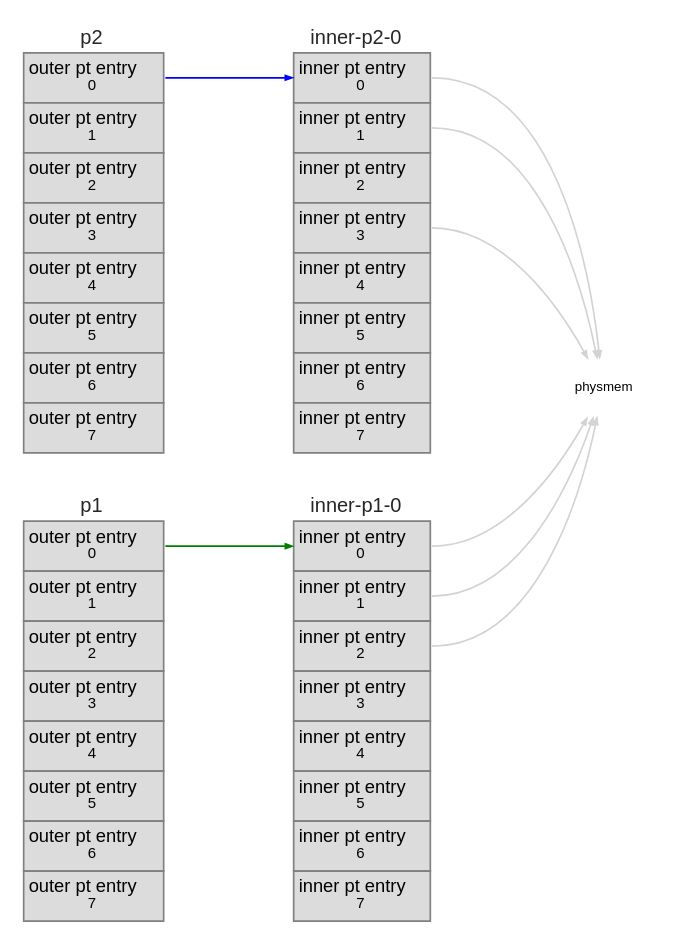
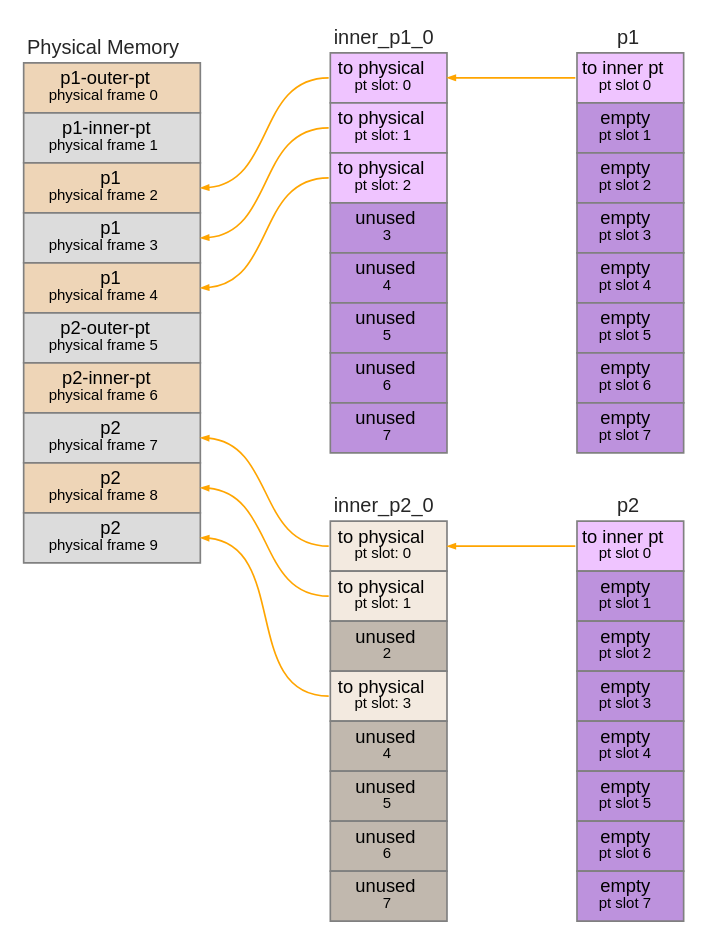
Before and after one commit to pitosalas/public-131-samples: the diagram in memsim/src/graphs/twolevel2.json.gv, drawn with Graphviz. The commit also changed 62 other files, not shown here.

```diff
--- a/memsim/src/graphs/twolevel2.json.gv
+++ b/memsim/src/graphs/twolevel2.json.gv
@@ -2,22 +2,26 @@
 	graph [fontname=Helvetica rankdir=LR ranksep=1.0]
 	node [fontname=Helvetica fontsize=8 margin="0.04 0.04" shape=none width=0.8]
 	edge [arrowsize=0.4]
-	"inner-p1-0":0 -> physmem:2 [color=lightgrey headclip=true tailclip=true]
-	"inner-p1-0":1 -> physmem:3 [color=lightgrey headclip=true tailclip=true]
-	"inner-p1-0":2 -> physmem:4 [color=lightgrey headclip=true tailclip=true]
-	"outer-p1":0 -> "inner-p1-0":0 [color=green headclip=true tailclip=true]
-	"inner-p2-0":0 -> physmem:7 [color=lightgrey headclip=true tailclip=true]
-	"inner-p2-0":1 -> physmem:8 [color=lightgrey headclip=true tailclip=true]
-	"inner-p2-0":3 -> physmem:9 [color=lightgrey headclip=true tailclip=true]
-	"outer-p2":0 -> "inner-p2-0":0 [color=blue headclip=true tailclip=true]
-	subgraph left {
-		"outer-p1" [label=<<table border="0.1" cellborder="1" cellspacing="0"><TR><TD border="0.0" ><font face="helvetica" color="grey15" point-size="12">p1</font></TD></TR><tr><td align="text" color="grey" bgcolor="gainsboro" height="30" port="0"><font point-size="11">outer pt entry</font><br></br><font point-size="9">0</font></td></tr><tr><td align="text" color="grey" bgcolor="gainsboro" height="30" port="1"><font point-size="11">outer pt entry</font><br></br><font point-size="9">1</font></td></tr><tr><td align="text" color="grey" bgcolor="gainsboro" height="30" port="2"><font point-size="11">outer pt entry</font><br></br><font point-size="9">2</font></td></tr><tr><td align="text" color="grey" bgcolor="gainsboro" height="30" port="3"><font point-size="11">outer pt entry</font><br></br><font point-size="9">3</font></td></tr><tr><td align="text" color="grey" bgcolor="gainsboro" height="30" port="4"><font point-size="11">outer pt entry</font><br></br><font point-size="9">4</font></td></tr><tr><td align="text" color="grey" bgcolor="gainsboro" height="30" port="5"><font point-size="11">outer pt entry</font><br></br><font point-size="9">5</font></td></tr><tr><td align="text" color="grey" bgcolor="gainsboro" height="30" port="6"><font point-size="11">outer pt entry</font><br></br><font point-size="9">6</font></td></tr><tr><td align="text" color="grey" bgcolor="gainsboro" height="30" port="7"><font point-size="11">outer pt entry</font><br></br><font point-size="9">7</font></td></tr></table>>]
-		"outer-p2" [label=<<table border="0.1" cellborder="1" cellspacing="0"><TR><TD border="0.0" ><font face="helvetica" color="grey15" point-size="12">p2</font></TD></TR><tr><td align="text" color="grey" bgcolor="gainsboro" height="30" port="0"><font point-size="11">outer pt entry</font><br></br><font point-size="9">0</font></td></tr><tr><td align="text" color="grey" bgcolor="gainsboro" height="30" port="1"><font point-size="11">outer pt entry</font><br></br><font point-size="9">1</font></td></tr><tr><td align="text" color="grey" bgcolor="gainsboro" height="30" port="2"><font point-size="11">outer pt entry</font><br></br><font point-size="9">2</font></td></tr><tr><td align="text" color="grey" bgcolor="gainsboro" height="30" port="3"><font point-size="11">outer pt entry</font><br></br><font point-size="9">3</font></td></tr><tr><td align="text" color="grey" bgcolor="gainsboro" height="30" port="4"><font point-size="11">outer pt entry</font><br></br><font point-size="9">4</font></td></tr><tr><td align="text" color="grey" bgcolor="gainsboro" height="30" port="5"><font point-size="11">outer pt entry</font><br></br><font point-size="9">5</font></td></tr><tr><td align="text" color="grey" bgcolor="gainsboro" height="30" port="6"><font point-size="11">outer pt entry</font><br></br><font point-size="9">6</font></td></tr><tr><td align="text" color="grey" bgcolor="gainsboro" height="30" port="7"><font point-size="11">outer pt entry</font><br></br><font point-size="9">7</font></td></tr></table>>]
+	inner_p1_0:0 -> physmem:2 [color=orange headclip=true tailclip=true]
+	inner_p1_0:1 -> physmem:3 [color=orange headclip=true tailclip=true]
+	inner_p1_0:2 -> physmem:4 [color=orange headclip=true tailclip=true]
+	outer_p1:0 -> inner_p1_0:0 [color=orange headclip=true tailclip=true]
+	inner_p2_0:0 -> physmem:7 [color=orange headclip=true tailclip=true]
+	inner_p2_0:1 -> physmem:8 [color=orange headclip=true tailclip=true]
+	inner_p2_0:3 -> physmem:9 [color=orange headclip=true tailclip=true]
+	outer_p2:0 -> inner_p2_0:0 [color=orange headclip=true tailclip=true]
+	subgraph physical {
+		physmem [label=<<table border="0.1" cellborder="1" cellspacing="0"><TR><TD border="0.0" ><font face="helvetica" color="grey15" point-size="12">Physical Memory</font></TD></TR><tr><td align="text" color="grey" bgcolor="bisque2" height="30" port="0"><font point-size="11">p1-outer-pt</font><br></br><font point-size="9">physical frame 0</font></td></tr><tr><td align="text" color="grey" bgcolor="gainsboro" height="30" port="1"><font point-size="11">p1-inner-pt</font><br></br><font point-size="9">physical frame 1</font></td></tr><tr><td align="text" color="grey" bgcolor="bisque2" height="30" port="2"><font point-size="11">p1</font><br></br><font point-size="9">physical frame 2</font></td></tr><tr><td align="text" color="grey" bgcolor="gainsboro" height="30" port="3"><font point-size="11">p1</font><br></br><font point-size="9">physical frame 3</font></td></tr><tr><td align="text" color="grey" bgcolor="bisque2" height="30" port="4"><font point-size="11">p1</font><br></br><font point-size="9">physical frame 4</font></td></tr><tr><td align="text" color="grey" bgcolor="gainsboro" height="30" port="5"><font point-size="11">p2-outer-pt</font><br></br><font point-size="9">physical frame 5</font></td></tr><tr><td align="text" color="grey" bgcolor="bisque2" height="30" port="6"><font point-size="11">p2-inner-pt</font><br></br><font point-size="9">physical frame 6</font></td></tr><tr><td align="text" color="grey" bgcolor="gainsboro" height="30" port="7"><font point-size="11">p2</font><br></br><font point-size="9">physical frame 7</font></td></tr><tr><td align="text" color="grey" bgcolor="bisque2" height="30" port="8"><font point-size="11">p2</font><br></br><font point-size="9">physical frame 8</font></td></tr><tr><td align="text" color="grey" bgcolor="gainsboro" height="30" port="9"><font point-size="11">p2</font><br></br><font point-size="9">physical frame 9</font></td></tr></table>>]
 		rank=source
 	}
-	subgraph middle {
-		"inner-p1-0" [label=<<table border="0.1" cellborder="1" cellspacing="0"><TR><TD border="0.0" ><font face="helvetica" color="grey15" point-size="12">inner-p1-0</font></TD></TR><tr><td align="text" color="grey" bgcolor="gainsboro" height="30" port="0"><font point-size="11">inner pt entry</font><br></br><font point-size="9">0</font></td></tr><tr><td align="text" color="grey" bgcolor="gainsboro" height="30" port="1"><font point-size="11">inner pt entry</font><br></br><font point-size="9">1</font></td></tr><tr><td align="text" color="grey" bgcolor="gainsboro" height="30" port="2"><font point-size="11">inner pt entry</font><br></br><font point-size="9">2</font></td></tr><tr><td align="text" color="grey" bgcolor="gainsboro" height="30" port="3"><font point-size="11">inner pt entry</font><br></br><font point-size="9">3</font></td></tr><tr><td align="text" color="grey" bgcolor="gainsboro" height="30" port="4"><font point-size="11">inner pt entry</font><br></br><font point-size="9">4</font></td></tr><tr><td align="text" color="grey" bgcolor="gainsboro" height="30" port="5"><font point-size="11">inner pt entry</font><br></br><font point-size="9">5</font></td></tr><tr><td align="text" color="grey" bgcolor="gainsboro" height="30" port="6"><font point-size="11">inner pt entry</font><br></br><font point-size="9">6</font></td></tr><tr><td align="text" color="grey" bgcolor="gainsboro" height="30" port="7"><font point-size="11">inner pt entry</font><br></br><font point-size="9">7</font></td></tr></table>>]
-		"inner-p2-0" [label=<<table border="0.1" cellborder="1" cellspacing="0"><TR><TD border="0.0" ><font face="helvetica" color="grey15" point-size="12">inner-p2-0</font></TD></TR><tr><td align="text" color="grey" bgcolor="gainsboro" height="30" port="0"><font point-size="11">inner pt entry</font><br></br><font point-size="9">0</font></td></tr><tr><td align="text" color="grey" bgcolor="gainsboro" height="30" port="1"><font point-size="11">inner pt entry</font><br></br><font point-size="9">1</font></td></tr><tr><td align="text" color="grey" bgcolor="gainsboro" height="30" port="2"><font point-size="11">inner pt entry</font><br></br><font point-size="9">2</font></td></tr><tr><td align="text" color="grey" bgcolor="gainsboro" height="30" port="3"><font point-size="11">inner pt entry</font><br></br><font point-size="9">3</font></td></tr><tr><td align="text" color="grey" bgcolor="gainsboro" height="30" port="4"><font point-size="11">inner pt entry</font><br></br><font point-size="9">4</font></td></tr><tr><td align="text" color="grey" bgcolor="gainsboro" height="30" port="5"><font point-size="11">inner pt entry</font><br></br><font point-size="9">5</font></td></tr><tr><td align="text" color="grey" bgcolor="gainsboro" height="30" port="6"><font point-size="11">inner pt entry</font><br></br><font point-size="9">6</font></td></tr><tr><td align="text" color="grey" bgcolor="gainsboro" height="30" port="7"><font point-size="11">inner pt entry</font><br></br><font point-size="9">7</font></td></tr></table>>]
+	subgraph inner {
+		inner_p1_0 [label=<<table border="0.1" cellborder="1" cellspacing="0"><TR><TD border="0.0" ><font face="helvetica" color="grey15" point-size="12">inner_p1_0</font></TD></TR><tr><td align="text" color="grey" bgcolor="#efc4ff" height="30" port="0"><font point-size="11">to physical</font><br></br><font point-size="9">pt slot: 0</font></td></tr><tr><td align="text" color="grey" bgcolor="#efc4ff" height="30" port="1"><font point-size="11">to physical</font><br></br><font point-size="9">pt slot: 1</font></td></tr><tr><td align="text" color="grey" bgcolor="#efc4ff" height="30" port="2"><font point-size="11">to physical</font><br></br><font point-size="9">pt slot: 2</font></td></tr><tr><td align="text" color="grey" bgcolor="#bd92dd" height="30" port="3"><font point-size="11">unused</font><br></br><font point-size="9">3</font></td></tr><tr><td align="text" color="grey" bgcolor="#bd92dd" height="30" port="4"><font point-size="11">unused</font><br></br><font point-size="9">4</font></td></tr><tr><td align="text" color="grey" bgcolor="#bd92dd" height="30" port="5"><font point-size="11">unused</font><br></br><font point-size="9">5</font></td></tr><tr><td align="text" color="grey" bgcolor="#bd92dd" height="30" port="6"><font point-size="11">unused</font><br></br><font point-size="9">6</font></td></tr><tr><td align="text" color="grey" bgcolor="#bd92dd" height="30" port="7"><font point-size="11">unused</font><br></br><font point-size="9">7</font></td></tr></table>>]
+		inner_p2_0 [label=<<table border="0.1" cellborder="1" cellspacing="0"><TR><TD border="0.0" ><font face="helvetica" color="grey15" point-size="12">inner_p2_0</font></TD></TR><tr><td align="text" color="grey" bgcolor="#f3eae0" height="30" port="0"><font point-size="11">to physical</font><br></br><font point-size="9">pt slot: 0</font></td></tr><tr><td align="text" color="grey" bgcolor="#f3eae0" height="30" port="1"><font point-size="11">to physical</font><br></br><font point-size="9">pt slot: 1</font></td></tr><tr><td align="text" color="grey" bgcolor="#c1b8ae" height="30" port="2"><font point-size="11">unused</font><br></br><font point-size="9">2</font></td></tr><tr><td align="text" color="grey" bgcolor="#f3eae0" height="30" port="3"><font point-size="11">to physical</font><br></br><font point-size="9">pt slot: 3</font></td></tr><tr><td align="text" color="grey" bgcolor="#c1b8ae" height="30" port="4"><font point-size="11">unused</font><br></br><font point-size="9">4</font></td></tr><tr><td align="text" color="grey" bgcolor="#c1b8ae" height="30" port="5"><font point-size="11">unused</font><br></br><font point-size="9">5</font></td></tr><tr><td align="text" color="grey" bgcolor="#c1b8ae" height="30" port="6"><font point-size="11">unused</font><br></br><font point-size="9">6</font></td></tr><tr><td align="text" color="grey" bgcolor="#c1b8ae" height="30" port="7"><font point-size="11">unused</font><br></br><font point-size="9">7</font></td></tr></table>>]
 		rank=middle
 	}
+	subgraph outer {
+		outer_p1 [label=<<table border="0.1" cellborder="1" cellspacing="0"><TR><TD border="0.0" ><font face="helvetica" color="grey15" point-size="12">p1</font></TD></TR><tr><td align="text" color="grey" bgcolor="#efc4ff" height="30" port="0"><font point-size="11">to inner pt</font><br></br><font point-size="9">pt slot 0</font></td></tr><tr><td align="text" color="grey" bgcolor="#bd92dd" height="30" port="1"><font point-size="11">empty</font><br></br><font point-size="9">pt slot 1</font></td></tr><tr><td align="text" color="grey" bgcolor="#bd92dd" height="30" port="2"><font point-size="11">empty</font><br></br><font point-size="9">pt slot 2</font></td></tr><tr><td align="text" color="grey" bgcolor="#bd92dd" height="30" port="3"><font point-size="11">empty</font><br></br><font point-size="9">pt slot 3</font></td></tr><tr><td align="text" color="grey" bgcolor="#bd92dd" height="30" port="4"><font point-size="11">empty</font><br></br><font point-size="9">pt slot 4</font></td></tr><tr><td align="text" color="grey" bgcolor="#bd92dd" height="30" port="5"><font point-size="11">empty</font><br></br><font point-size="9">pt slot 5</font></td></tr><tr><td align="text" color="grey" bgcolor="#bd92dd" height="30" port="6"><font point-size="11">empty</font><br></br><font point-size="9">pt slot 6</font></td></tr><tr><td align="text" color="grey" bgcolor="#bd92dd" height="30" port="7"><font point-size="11">empty</font><br></br><font point-size="9">pt slot 7</font></td></tr></table>>]
+		outer_p2 [label=<<table border="0.1" cellborder="1" cellspacing="0"><TR><TD border="0.0" ><font face="helvetica" color="grey15" point-size="12">p2</font></TD></TR><tr><td align="text" color="grey" bgcolor="#efc4ff" height="30" port="0"><font point-size="11">to inner pt</font><br></br><font point-size="9">pt slot 0</font></td></tr><tr><td align="text" color="grey" bgcolor="#bd92dd" height="30" port="1"><font point-size="11">empty</font><br></br><font point-size="9">pt slot 1</font></td></tr><tr><td align="text" color="grey" bgcolor="#bd92dd" height="30" port="2"><font point-size="11">empty</font><br></br><font point-size="9">pt slot 2</font></td></tr><tr><td align="text" color="grey" bgcolor="#bd92dd" height="30" port="3"><font point-size="11">empty</font><br></br><font point-size="9">pt slot 3</font></td></tr><tr><td align="text" color="grey" bgcolor="#bd92dd" height="30" port="4"><font point-size="11">empty</font><br></br><font point-size="9">pt slot 4</font></td></tr><tr><td align="text" color="grey" bgcolor="#bd92dd" height="30" port="5"><font point-size="11">empty</font><br></br><font point-size="9">pt slot 5</font></td></tr><tr><td align="text" color="grey" bgcolor="#bd92dd" height="30" port="6"><font point-size="11">empty</font><br></br><font point-size="9">pt slot 6</font></td></tr><tr><td align="text" color="grey" bgcolor="#bd92dd" height="30" port="7"><font point-size="11">empty</font><br></br><font point-size="9">pt slot 7</font></td></tr></table>>]
+		rank=sink
+	}
 }
```
